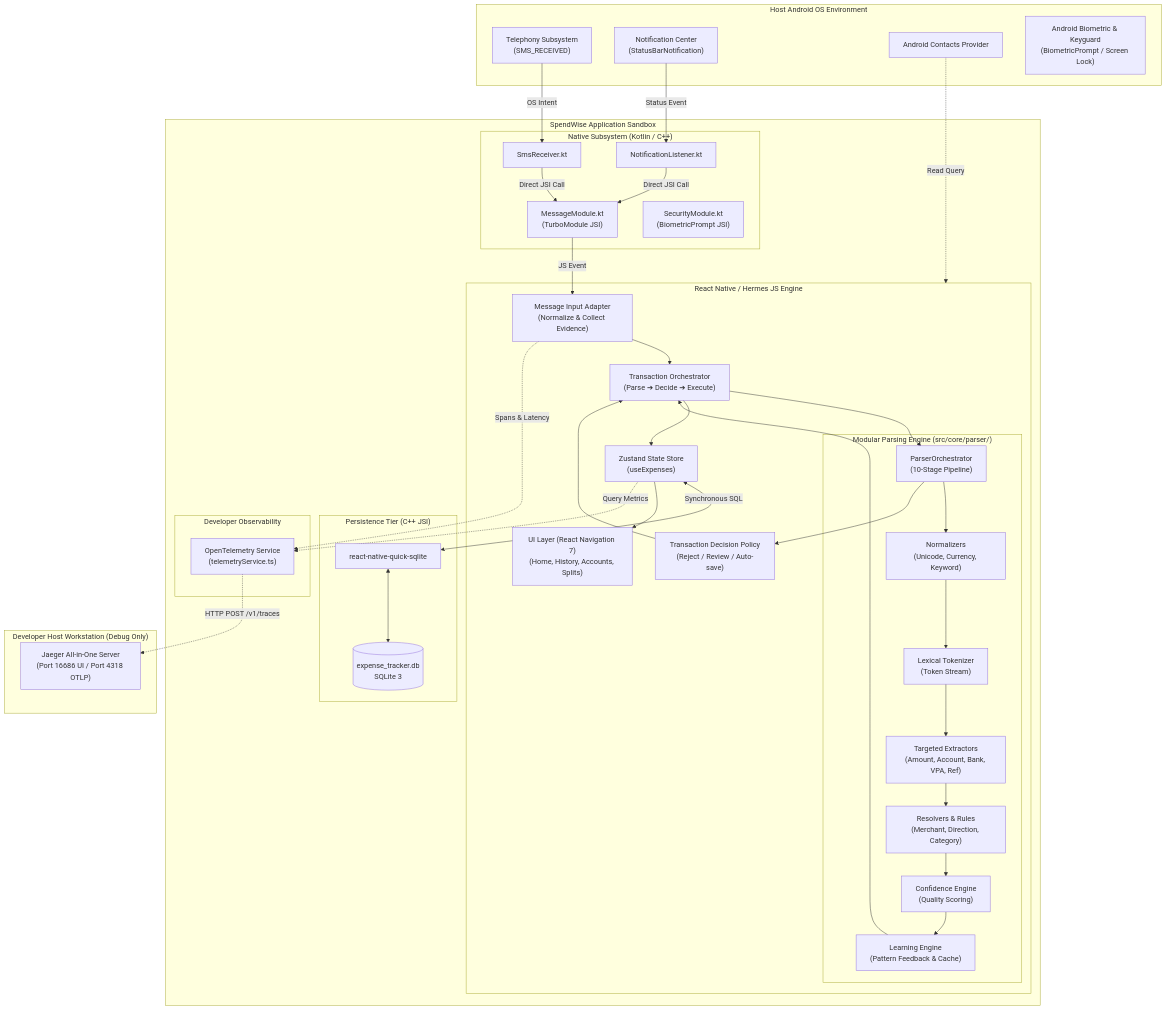
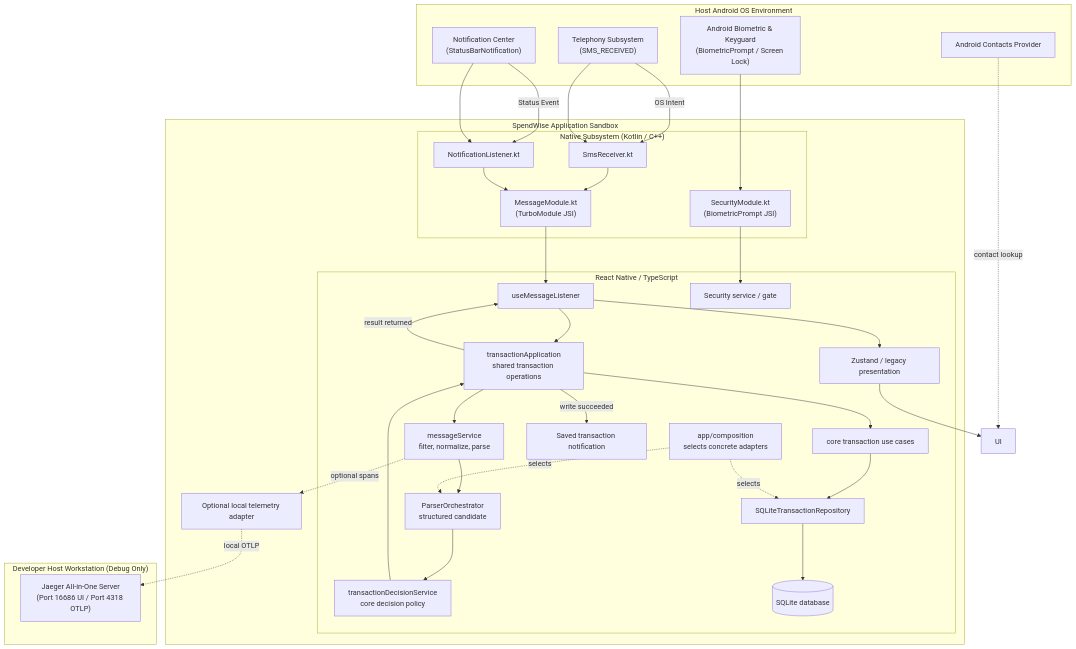
Before and after one commit to GangSagar/expenses-tracker-app: the first of 4 diagrams in docs/ARCHITECTURE.md, drawn with Mermaid. The commit also changed other lines of this file and 11 other files, not shown here.

Commit message:
refactor phase 9: update architecture documentation and docs to reflect v2.0 local AI hybrid orchestration and codebase restructuring

````diff
--- a/docs/ARCHITECTURE.md
+++ b/docs/ARCHITECTURE.md
@@ -20,77 +20,54 @@
 ```mermaid
 graph TB
     subgraph External["Host Android OS Environment"]
         SMS["Telephony Subsystem\n(SMS_RECEIVED)"]
         NOTIF["Notification Center\n(StatusBarNotification)"]
         CONTACTS["Android Contacts Provider"]
         BIOMETRIC["Android Biometric & Keyguard\n(BiometricPrompt / Screen Lock)"]
     end
 
     subgraph AppContainer["SpendWise Application Sandbox"]
         subgraph NativeLayer["Native Subsystem (Kotlin / C++)"]
             SmsReceiver["SmsReceiver.kt"]
             NotifListener["NotificationListener.kt"]
             MessageBridge["MessageModule.kt\n(TurboModule JSI)"]
             SecurityBridge["SecurityModule.kt\n(BiometricPrompt JSI)"]
         end
 
-        subgraph CoreEngine["React Native / Hermes JS Engine"]
-            subgraph ParsingEngine["Modular Parsing Engine (src/core/parser/)"]
-                Orchestrator["ParserOrchestrator\n(10-Stage Pipeline)"]
-                Norm["Normalizers\n(Unicode, Currency, Keyword)"]
-                Token["Lexical Tokenizer\n(Token Stream)"]
-                Extract["Targeted Extractors\n(Amount, Account, Bank, VPA, Ref)"]
-                Resolve["Resolvers & Rules\n(Merchant, Direction, Category)"]
-                Conf["Confidence Engine\n(Quality Scoring)"]
-                Learn["Learning Engine\n(Pattern Feedback & Cache)"]
-            end
-            Pipeline["Message Input Adapter\n(Normalize & Collect Evidence)"]
-            TxnOrchestrator["Transaction Orchestrator\n(Parse ➔ Decide ➔ Execute)"]
-            DecisionPolicy["Transaction Decision Policy\n(Reject / Review / Auto-save)"]
-            Store["Zustand State Store\n(useExpenses)"]
-            UI["UI Layer (React Navigation 7)\n(Home, History, Accounts, Splits)"]
-        end
-
-        subgraph StorageSubsystem["Persistence Tier (C++ JSI)"]
-            QuickSQLite["react-native-quick-sqlite"]
-            DB[(expense_tracker.db\nSQLite 3)]
-        end
-
-        subgraph ObservabilitySubsystem["Developer Observability"]
-            OTel["OpenTelemetry Service\n(telemetryService.ts)"]
-        end
+    subgraph App["React Native / TypeScript"]
+        Listener["useMessageListener"]
+        Input["messageService\nfilter, normalize, parse"]
+        Parser["ParserOrchestrator\nstructured candidate"]
+        Decision["transactionDecisionService\ncore decision policy"]
+        Application["transactionApplication\nshared transaction operations"]
+        UseCases["core transaction use cases"]
+        Repo["SQLiteTransactionRepository"]
+        DB[(SQLite database)]
+        Store["Zustand / legacy presentation"]
+        Notify["Saved transaction notification"]
+        Security["Security service / gate"]
+        Composition["app/composition\nselects concrete adapters"]
+    end
+    Telemetry["Optional local telemetry adapter"]
     end
 
     subgraph DevMachine["Developer Host Workstation (Debug Only)"]
         Jaeger["Jaeger All-in-One Server\n(Port 16686 UI / Port 4318 OTLP)"]
     end
 
     SMS -->|OS Intent| SmsReceiver
     NOTIF -->|Status Event| NotifListener
-    CONTACTS -.->|Read Query| CoreEngine
-
-    SmsReceiver -->|Direct JSI Call| MessageBridge
-    NotifListener -->|Direct JSI Call| MessageBridge
-    MessageBridge -->|JS Event| Pipeline
-
-    Pipeline --> TxnOrchestrator
-    TxnOrchestrator --> Orchestrator
-    Orchestrator --> Norm
-    Norm --> Token
-    Token --> Extract
-    Extract --> Resolve
-    Resolve --> Conf
-    Conf --> Learn
-    Learn --> TxnOrchestrator
-    Orchestrator --> DecisionPolicy
-    DecisionPolicy --> TxnOrchestrator
-
-    TxnOrchestrator --> Store
-    Store <-->|Synchronous SQL| QuickSQLite
-    QuickSQLite <--> DB
+    SMS --> SmsReceiver --> MessageBridge --> Listener
+    NOTIF --> NotifListener --> MessageBridge
+    Listener --> Application --> Input --> Parser --> Decision --> Application
+    Application --> UseCases --> Repo --> DB
+    Application -->|write succeeded| Notify
+    Application -->|result returned| Listener --> Store
     Store --> UI
-
-    Pipeline -.->|Spans & Latency| OTel
-    Store -.->|Query Metrics| OTel
-    OTel -.->|HTTP POST /v1/traces| Jaeger
+    CONTACTS -. contact lookup .-> UI
+    BIOMETRIC --> SecurityBridge --> Security
+    Composition -. selects .-> Parser
+    Composition -. selects .-> Repo
+    Input -. optional spans .-> Telemetry
+    Telemetry -. local OTLP .-> Jaeger
 ```
````
